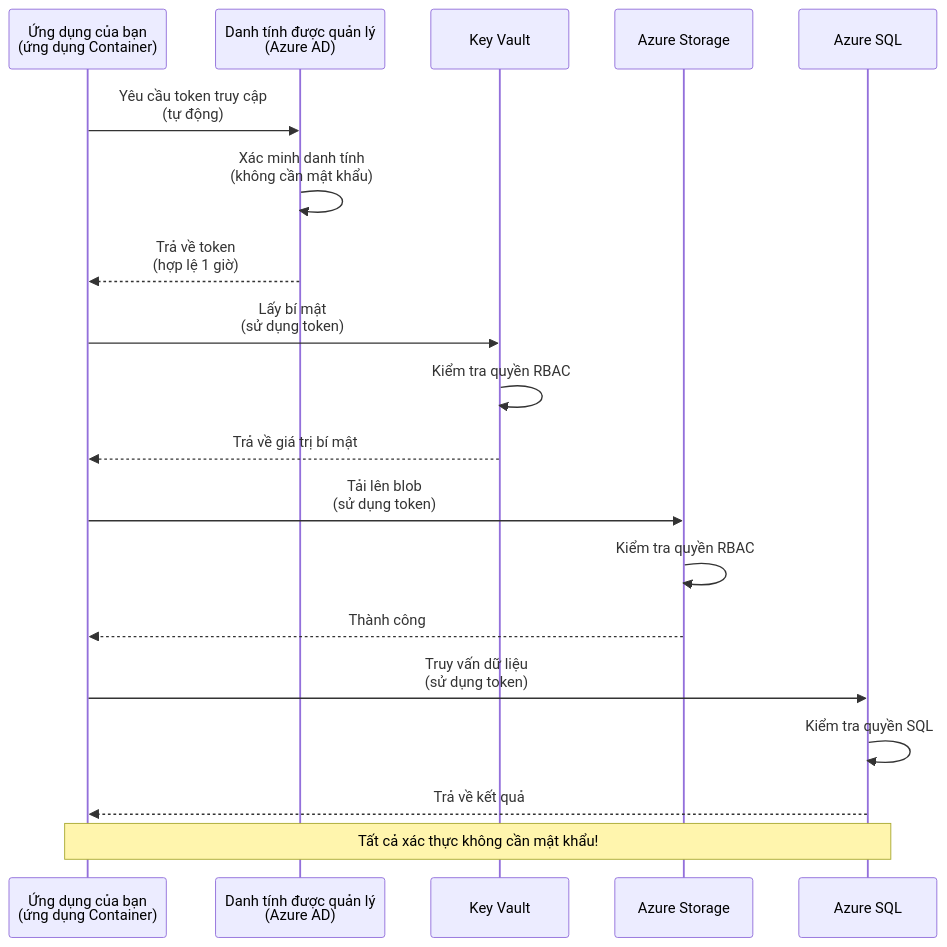
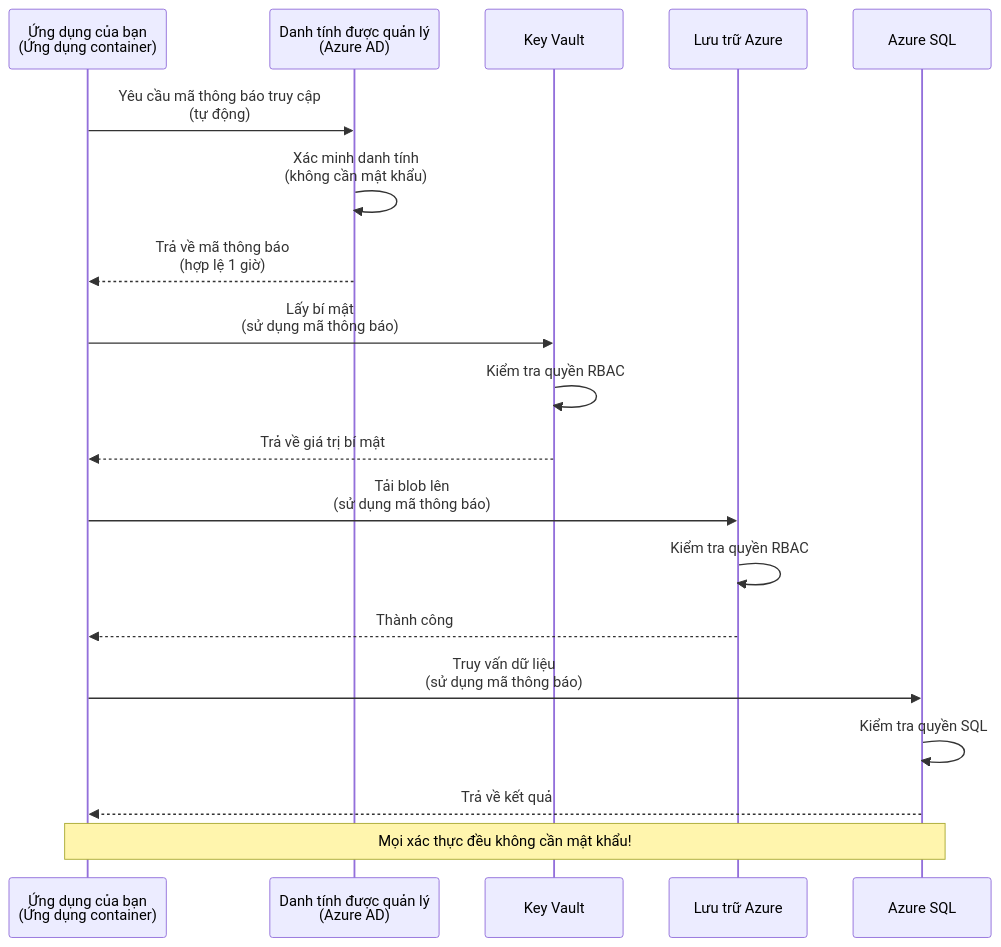
Before and after one commit to microsoft/AZD-for-beginners: the first of 2 diagrams in translations/vi/docs/chapter-03-configuration/authsecurity.md, drawn with Mermaid. The commit also changed other lines of this file and 101 other files, not shown here.

````diff
--- a/translations/vi/docs/chapter-03-configuration/authsecurity.md
+++ b/translations/vi/docs/chapter-03-configuration/authsecurity.md
@@ -69,26 +69,26 @@
 ```mermaid
 sequenceDiagram
-    participant App as Ứng dụng của bạn<br/>(ứng dụng Container)
+    participant App as Ứng dụng của bạn<br/>(Ứng dụng container)
     participant MI as Danh tính được quản lý<br/>(Azure AD)
     participant KV as Key Vault
-    participant Storage as Azure Storage
+    participant Storage as Lưu trữ Azure
     participant DB as Azure SQL
     
-    App->>MI: Yêu cầu token truy cập<br/>(tự động)
+    App->>MI: Yêu cầu mã thông báo truy cập<br/>(tự động)
     MI->>MI: Xác minh danh tính<br/>(không cần mật khẩu)
-    MI-->>App: Trả về token<br/>(hợp lệ 1 giờ)
+    MI-->>App: Trả về mã thông báo<br/>(hợp lệ 1 giờ)
     
-    App->>KV: Lấy bí mật<br/>(sử dụng token)
+    App->>KV: Lấy bí mật<br/>(sử dụng mã thông báo)
     KV->>KV: Kiểm tra quyền RBAC
     KV-->>App: Trả về giá trị bí mật
     
-    App->>Storage: Tải lên blob<br/>(sử dụng token)
+    App->>Storage: Tải blob lên<br/>(sử dụng mã thông báo)
     Storage->>Storage: Kiểm tra quyền RBAC
     Storage-->>App: Thành công
     
-    App->>DB: Truy vấn dữ liệu<br/>(sử dụng token)
+    App->>DB: Truy vấn dữ liệu<br/>(sử dụng mã thông báo)
     DB->>DB: Kiểm tra quyền SQL
     DB-->>App: Trả về kết quả
     
-    Note over App,DB: Tất cả xác thực không cần mật khẩu!
+    Note over App,DB: Mọi xác thực đều không cần mật khẩu!
 ```
````
